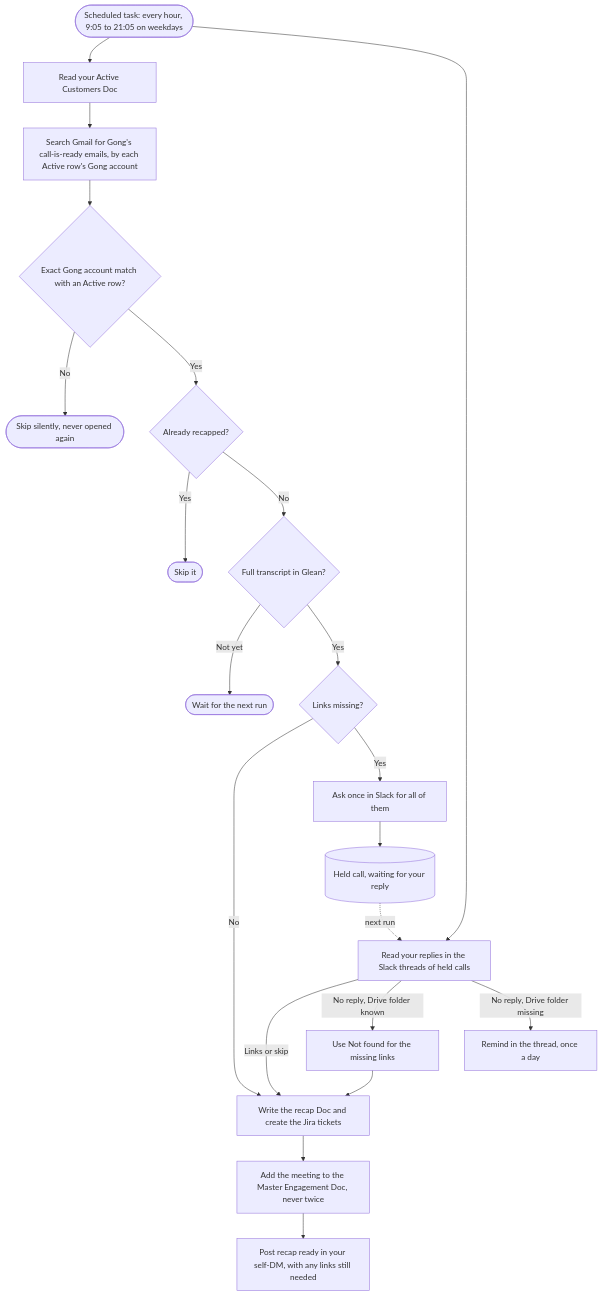
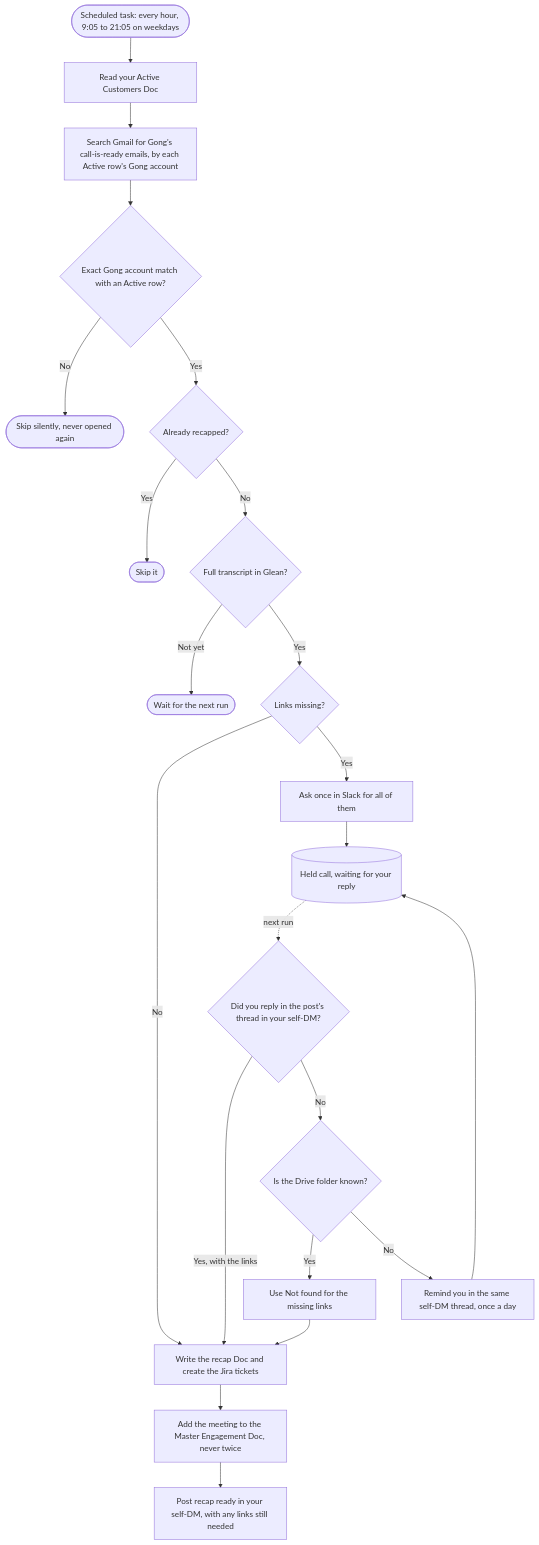
The diagram in README.md (maya-sandler/ai-sa-skills), drawn with Mermaid before and after one commit. The commit also changed other lines of this file, not shown here.

Commit message:
README flowchart: held calls' replies only after a hold, clearer reply paths

````diff
--- a/README.md
+++ b/README.md
@@ -174,21 +174,21 @@
 ```mermaid
 flowchart TD
     T([Scheduled task: every hour, 9:05 to 21:05 on weekdays]) --> AC[Read your Active Customers Doc]
-    T --> A[Read your replies in the Slack threads of held calls]
-    A -- Links or skip --> R
-    A -- No reply, Drive folder known --> NF[Use Not found for the missing links] --> R
-    A -- No reply, Drive folder missing --> RM[Remind in the thread, once a day]
     AC --> E[Search Gmail for Gong's call-is-ready emails, by each Active row's Gong account]
     E --> C{Exact Gong account match with an Active row?}
     C -- No --> X([Skip silently, never opened again])
     C -- Yes --> D{Already recapped?}
     D -- Yes --> X2([Skip it])
     D -- No --> TR{Full transcript in Glean?}
     TR -- Not yet --> W([Wait for the next run])
     TR -- Yes --> L{Links missing?}
     L -- No --> R
     L -- Yes --> Q2[Ask once in Slack for all of them] --> H[(Held call, waiting for your reply)]
-    H -. next run .-> A
+    H -. next run .-> RP{Did you reply in the post's thread in your self-DM?}
+    RP -- Yes, with the links --> R
+    RP -- No --> DF{Is the Drive folder known?}
+    DF -- Yes --> NF[Use Not found for the missing links] --> R
+    DF -- No --> RM[Remind you in the same self-DM thread, once a day] --> H
     R[Write the recap Doc and create the Jira tickets] --> SN[Add the meeting to the Master Engagement Doc, never twice]
     SN --> P[Post recap ready in your self-DM, with any links still needed]
 ```
````
